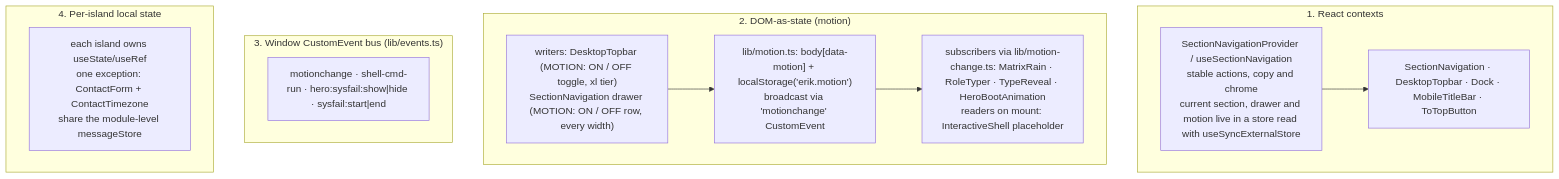
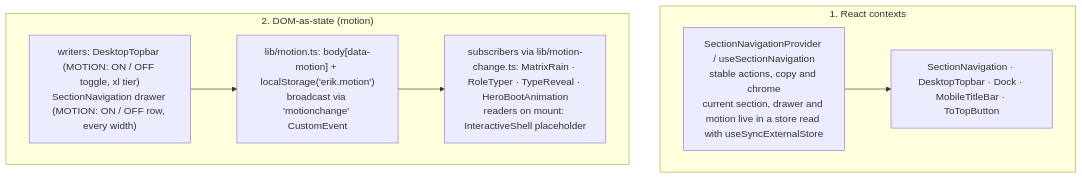
One commit to erikunha/portfolio changed the fourth of 5 diagrams in docs/04-components-and-state.md. Above: the diagram before and after it, drawn with Mermaid. The commit also changed other lines of this file and 75 other files, not shown here.

````diff
--- a/docs/04-components-and-state.md
+++ b/docs/04-components-and-state.md
@@ -129,18 +147,12 @@
 ```mermaid
 flowchart TD
     subgraph ctx["1. React contexts"]
         navigation["SectionNavigationProvider / useSectionNavigation<br/>stable actions, copy and chrome<br/>current section, drawer and motion live in a store read with useSyncExternalStore"]
         navigation --> consumers["SectionNavigation · DesktopTopbar · Dock · MobileTitleBar · ToTopButton"]
     end
     subgraph dom["2. DOM-as-state (motion)"]
         motion["lib/motion.ts: body[data-motion] + localStorage('erik.motion')<br/>broadcast via 'motionchange' CustomEvent"]
         w1["writers: DesktopTopbar (MOTION: ON / OFF toggle, xl tier)<br/>SectionNavigation drawer (MOTION: ON / OFF row, every width)"] --> motion
         motion --> r1["subscribers via lib/motion-change.ts: MatrixRain · RoleTyper · TypeReveal · HeroBootAnimation<br/>readers on mount: InteractiveShell placeholder"]
     end
-    subgraph bus["3. Window CustomEvent bus (lib/events.ts)"]
-        ev["motionchange · shell-cmd-run · hero:sysfail:show|hide · sysfail:start|end"]
-    end
-    subgraph local["4. Per-island local state"]
-        li["each island owns useState/useRef<br/>one exception: ContactForm + ContactTimezone<br/>share the module-level messageStore"]
-    end
 ```
````
